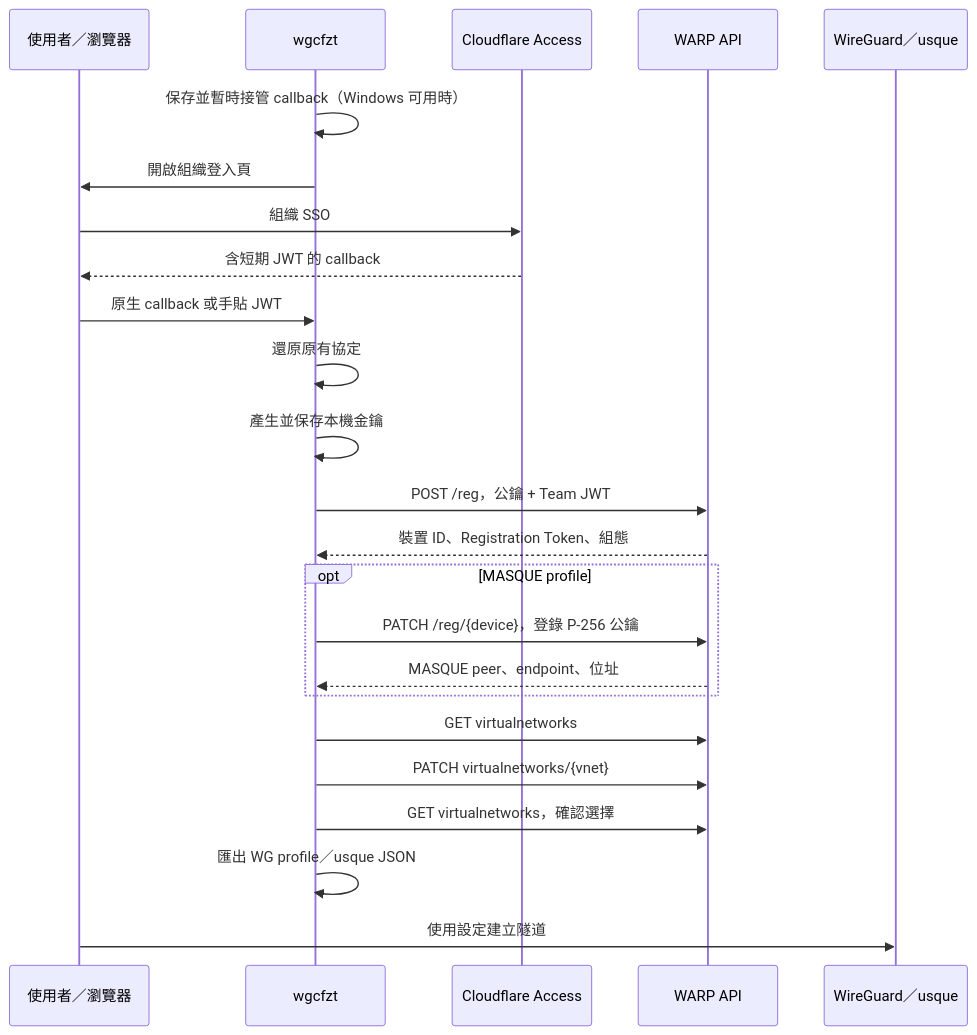
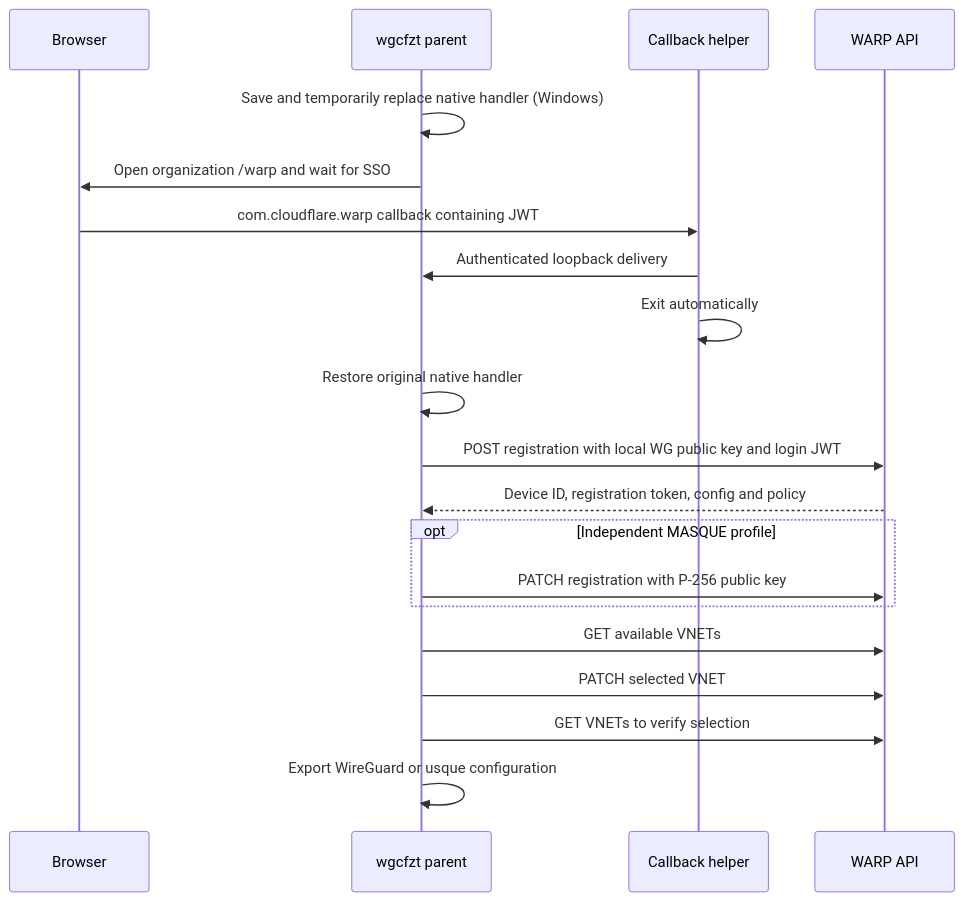
The diagram in docs/API.md (pccr10001/wgcfzt), drawn with Mermaid before and after one commit. The commit also changed other lines of this file and 10 other files, not shown here.

Commit message:
Add interactive device workflows and configuration commands with English docs

````diff
--- a/docs/API.md
+++ b/docs/API.md
@@ -9,26 +7,22 @@
 ```mermaid
 sequenceDiagram
-    participant U as 使用者／瀏覽器
-    participant C as wgcfzt
-    participant A as Cloudflare Access
-    participant R as WARP API
-    participant T as WireGuard／usque
-    C->>C: 保存並暫時接管 callback（Windows 可用時）
-    C->>U: 開啟組織登入頁
-    U->>A: 組織 SSO
-    A-->>U: 含短期 JWT 的 callback
-    U->>C: 原生 callback 或手貼 JWT
-    C->>C: 還原原有協定
-    C->>C: 產生並保存本機金鑰
-    C->>R: POST /reg，公鑰 + Team JWT
-    R-->>C: 裝置 ID、Registration Token、組態
-    opt MASQUE profile
-        C->>R: PATCH /reg/{device}，登錄 P-256 公鑰
-        R-->>C: MASQUE peer、endpoint、位址
+    participant B as Browser
+    participant C as wgcfzt parent
+    participant H as Callback helper
+    participant A as WARP API
+    C->>C: Save and temporarily replace native handler (Windows)
+    C->>B: Open organization /warp and wait for SSO
+    B->>H: com.cloudflare.warp callback containing JWT
+    H->>C: Authenticated loopback delivery
+    H->>H: Exit automatically
+    C->>C: Restore original native handler
+    C->>A: POST registration with local WG public key and login JWT
+    A-->>C: Device ID, registration token, config and policy
+    opt Independent MASQUE profile
+        C->>A: PATCH registration with P-256 public key
     end
-    C->>R: GET virtualnetworks
-    C->>R: PATCH virtualnetworks/{vnet}
-    C->>R: GET virtualnetworks，確認選擇
-    C->>C: 匯出 WG profile／usque JSON
-    U->>T: 使用設定建立隧道
+    C->>A: GET available VNETs
+    C->>A: PATCH selected VNET
+    C->>A: GET VNETs to verify selection
+    C->>C: Export WireGuard or usque configuration
 ```
````
